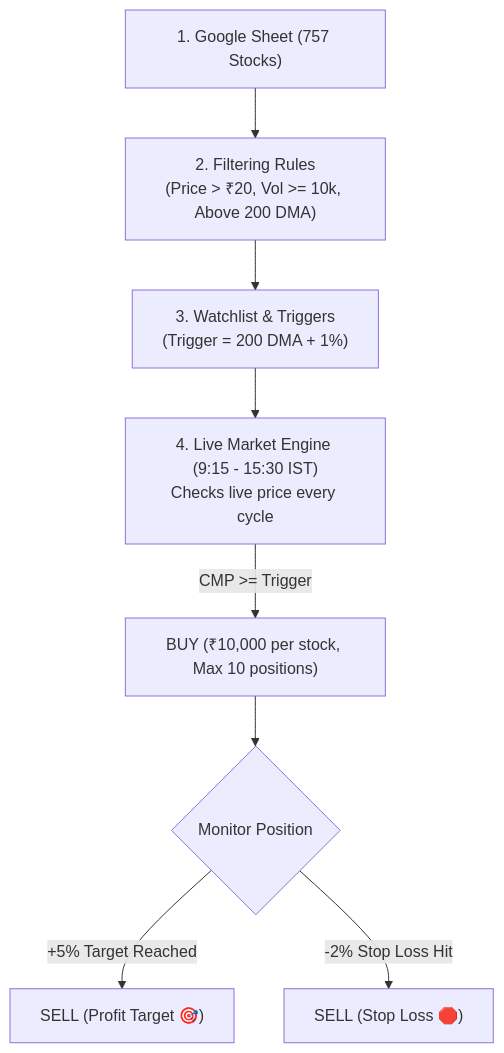
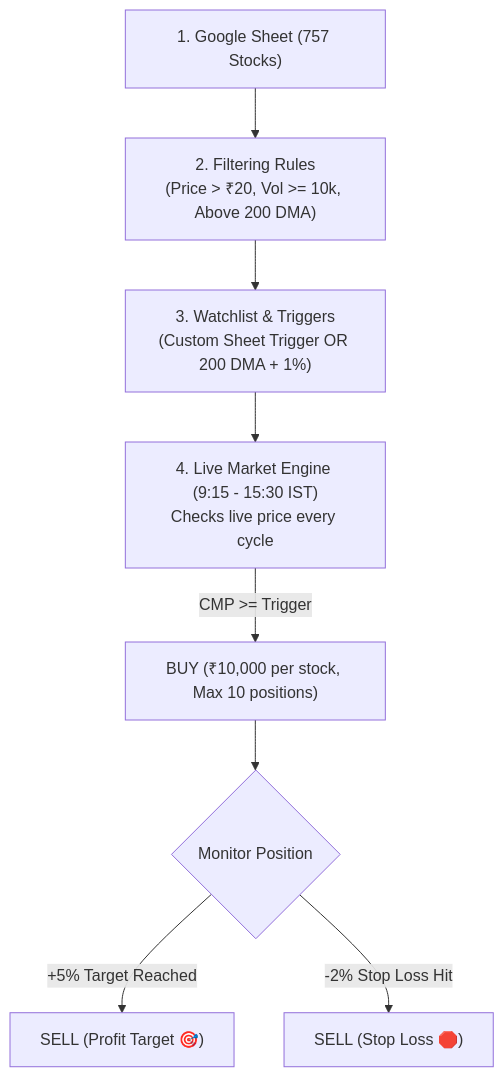
Before and after one commit to digant2207/portfolio1: the diagram in LOGIC.md, drawn with Mermaid. The commit also changed other lines of this file and 9 other files, not shown here.

Commit message:
Remove golden cross trigger, apply only 200 DMA + 1% and custom trigger price

````diff
--- a/LOGIC.md
+++ b/LOGIC.md
@@ -11,10 +11,10 @@
 ```mermaid
 flowchart TD
     A["1. Google Sheet (757 Stocks)"] --> B["2. Filtering Rules\n(Price > ₹20, Vol >= 10k, Above 200 DMA)"]
-    B --> C["3. Watchlist & Triggers\n(Trigger = 200 DMA + 1%)"]
+    B --> C["3. Watchlist & Triggers\n(Custom Sheet Trigger OR 200 DMA + 1%)"]
     C --> D["4. Live Market Engine (9:15 - 15:30 IST)\nChecks live price every cycle"]
     D -->|"CMP >= Trigger"| E["BUY (₹10,000 per stock, Max 10 positions)"]
     E --> F{"Monitor Position"}
     F -->|"+5% Target Reached"| G["SELL (Profit Target 🎯)"]
     F -->|"-2% Stop Loss Hit"| H["SELL (Stop Loss 🛑)"]
 ```
````
